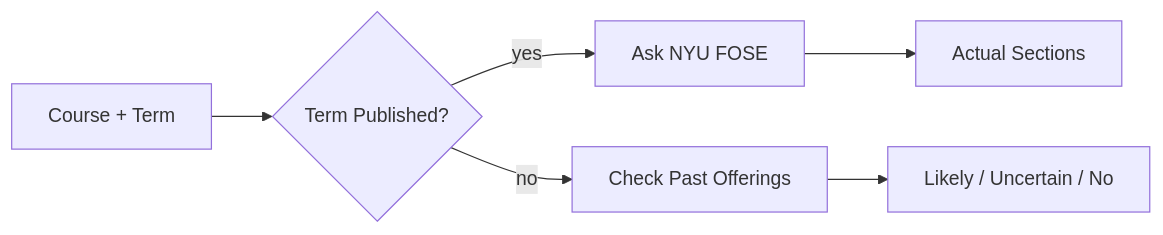
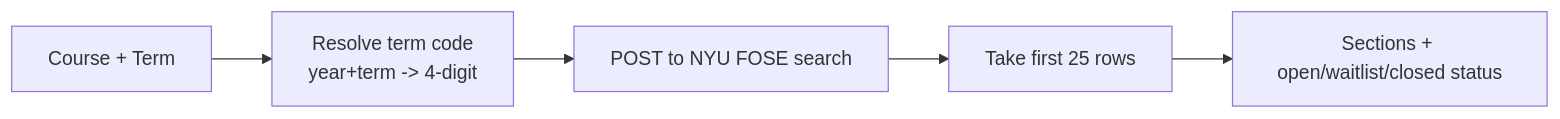
One commit to EdoardoMongardi/NYU_Path changed the diagram in Docs/current-system/engine/search-availability.md. Above: the diagram before and after it, drawn with Mermaid. The commit also changed other lines of this file and 73 other files, not shown here.

First line of the commit message:
docs: revise all current-system docs to match the post-rebuild code

````diff
--- a/Docs/current-system/engine/search-availability.md
+++ b/Docs/current-system/engine/search-availability.md
@@ -7,8 +9,7 @@
 ```mermaid
 flowchart LR
-    Query[Course + Term] --> Live{Term Published?}
-    Live -->|yes| FOSE[Ask NYU FOSE]
-    Live -->|no| History[Check Past Offerings]
-    FOSE --> Result[Actual Sections]
-    History --> Predict[Likely / Uncertain / No]
+    Query[Course + Term] --> Resolve[Resolve term code<br/>year+term -> 4-digit]
+    Resolve --> FOSE[POST to NYU FOSE search]
+    FOSE --> Slice[Take first 25 rows]
+    Slice --> Result[Sections + open/waitlist/closed status]
 ```
````
